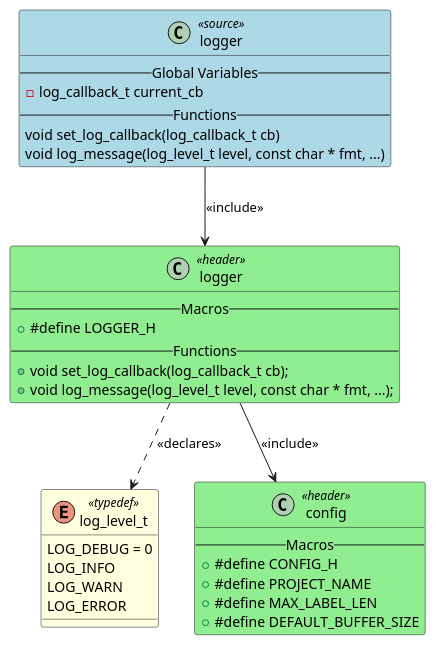
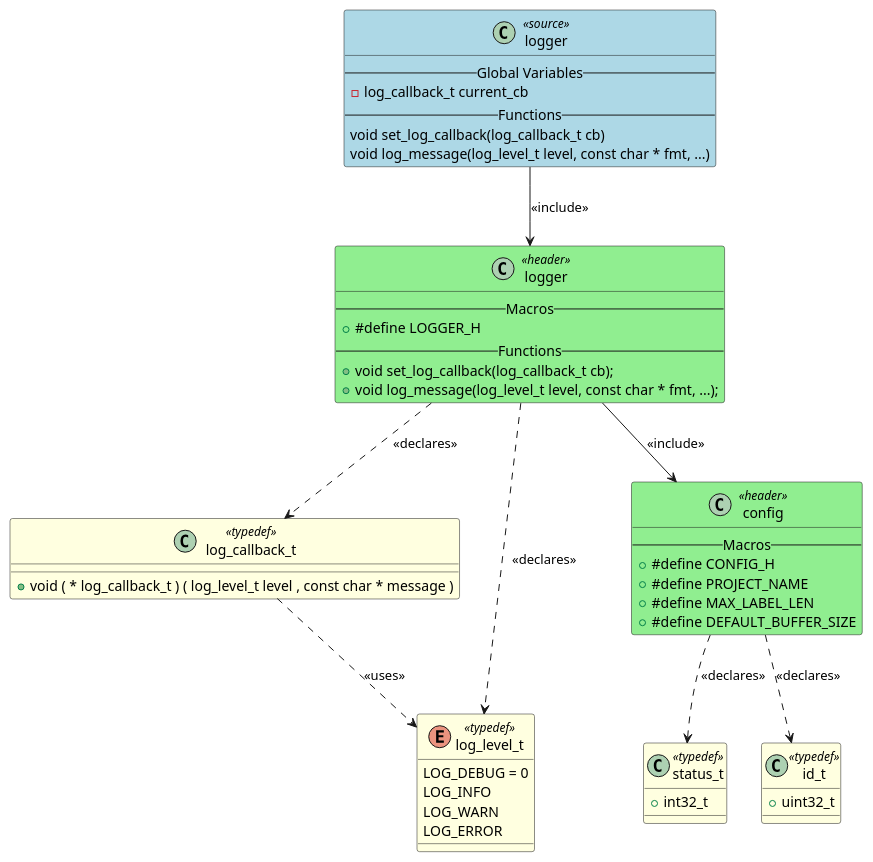
The diagram in output/logger.puml (fischerjooo/c2puml), drawn with PlantUML before and after one commit. The commit also changed 12 other files, not shown here.

```diff
--- a/output/logger.puml
+++ b/output/logger.puml
@@ -1,40 +1,59 @@
 @startuml logger
 
 class "logger" as LOGGER <<source>> #LightBlue
 {
 -- Global Variables --
 - log_callback_t current_cb
 -- Functions --
 void set_log_callback(log_callback_t cb)
 void log_message(log_level_t level, const char * fmt, ...)
 }
 
+class "log_callback_t" as TYPEDEF_LOG_CALLBACK_T <<typedef>> #LightYellow
+{
++ void ( * log_callback_t ) ( log_level_t level , const char * message )
+}
+
 enum "log_level_t" as TYPEDEF_LOG_LEVEL_T <<typedef>> #LightYellow
 {
 LOG_DEBUG = 0
 LOG_INFO
 LOG_WARN
 LOG_ERROR
+}
+
+class "status_t" as TYPEDEF_STATUS_T <<typedef>> #LightYellow
+{
++ int32_t
+}
+
+class "id_t" as TYPEDEF_ID_T <<typedef>> #LightYellow
+{
++ uint32_t
 }
 
 class "logger" as HEADER_LOGGER <<header>> #LightGreen
 {
 -- Macros --
 + #define LOGGER_H
 -- Functions --
 + void set_log_callback(log_callback_t cb);
 + void log_message(log_level_t level, const char * fmt, ...);
 }
 class "config" as HEADER_CONFIG <<header>> #LightGreen
 {
 -- Macros --
 + #define CONFIG_H
 + #define PROJECT_NAME
 + #define MAX_LABEL_LEN
 + #define DEFAULT_BUFFER_SIZE
 }
 LOGGER --> HEADER_LOGGER : <<include>>
 HEADER_LOGGER --> HEADER_CONFIG : <<include>>
 HEADER_LOGGER ..> TYPEDEF_LOG_LEVEL_T : <<declares>>
+TYPEDEF_LOG_CALLBACK_T ..> TYPEDEF_LOG_LEVEL_T : <<uses>>
+HEADER_LOGGER ..> TYPEDEF_LOG_CALLBACK_T : <<declares>>
+HEADER_CONFIG ..> TYPEDEF_ID_T : <<declares>>
+HEADER_CONFIG ..> TYPEDEF_STATUS_T : <<declares>>
 
 @enduml
```
